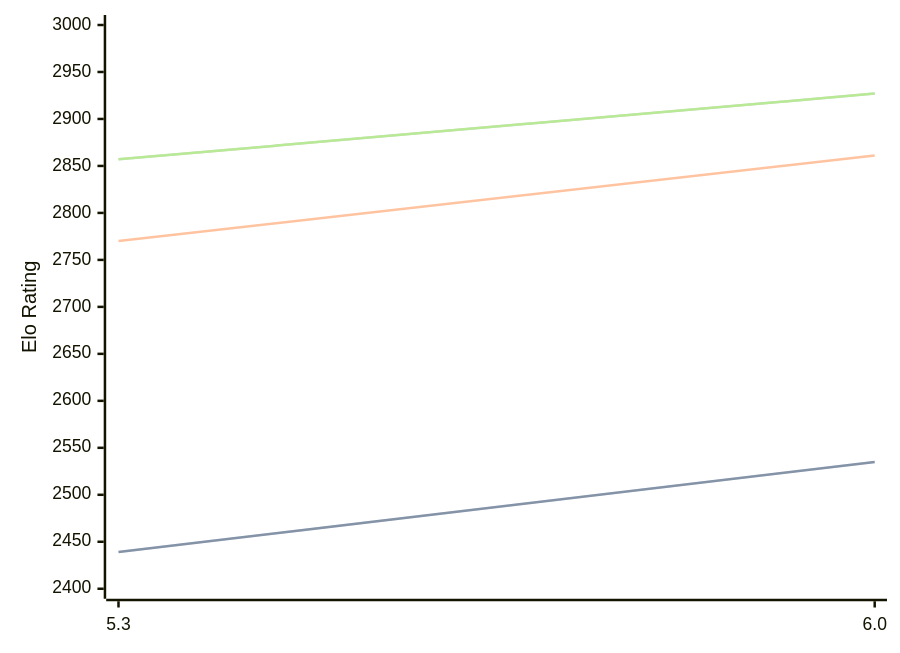
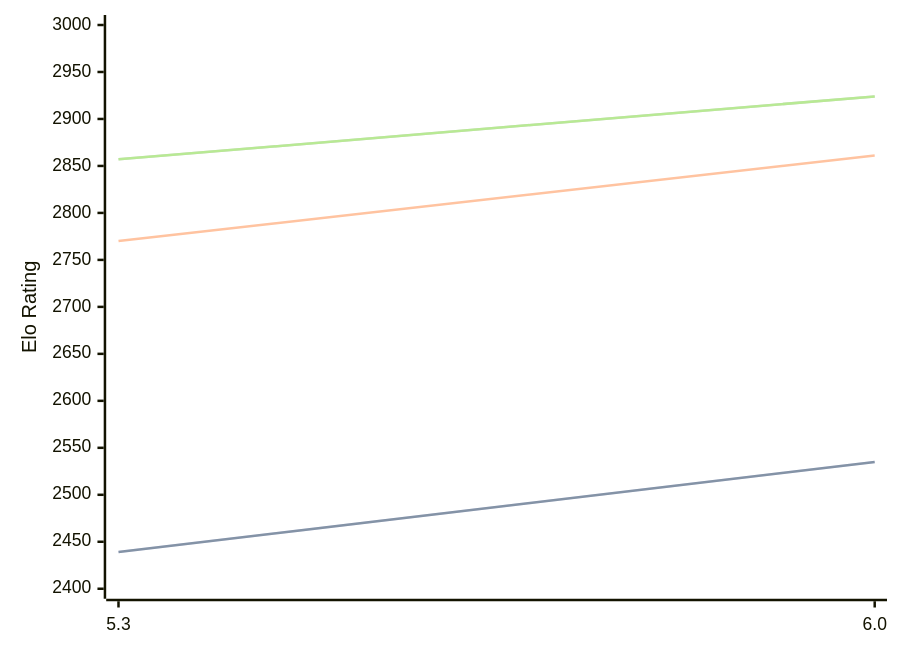
The diagram in engines/tomitankChess.md (computer-chess-index/cci), drawn with Mermaid before and after one commit. The commit also changed other lines of this file, not shown here.

Commit message:
Update CCI Ratings (ELO VLTC) - 2026-05-13

````diff
--- a/engines/tomitankChess.md
+++ b/engines/tomitankChess.md
@@ -40,11 +40,11 @@
 ```mermaid
 %%{init: {"theme":"base","themeVariables":{"seriesColors:['#a3a3a3','#222221','#faa371']}}}%%
 xychart-beta
   x-axis ["5.3", "6.0"]
   y-axis "Elo Rating" 2400 --> 3000
   line "STC (8.0+0.08s)" [2439, 2535]
   line "STC (8.0+0.08s)" [2439, 2535]
   line "LTC (60.0+0.60s)" [2770, 2861]
-  line "VLTC (2m24s+1.12s)" [2857, 2927]
-  line "VLTC (2m24s+1.12s)" [2857, 2927]
+  line "VLTC (2m24s+1.12s)" [2857, 2924]
+  line "VLTC (2m24s+1.12s)" [2857, 2924]
 ```
````
